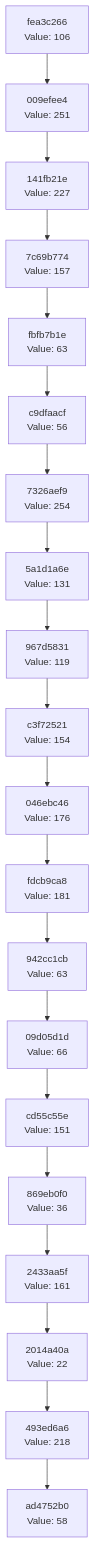
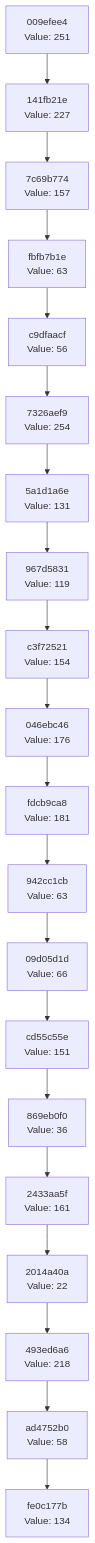
One commit to Abhisheksinha1506/hash-chain-evolver changed the diagram in docs/CHAIN_VISUALIZATION.md. Above: the diagram before and after it, drawn with Mermaid. The commit also changed 2 other files, not shown here.

Commit message:
Evolution step: hash 0x86 → action executed

````diff
--- a/docs/CHAIN_VISUALIZATION.md
+++ b/docs/CHAIN_VISUALIZATION.md
@@ -3,42 +3,42 @@
 ```mermaid
 graph TD
-    C0["ad4752b0<br/>Value: 58"]
-    C1["493ed6a6<br/>Value: 218"]
+    C0["fe0c177b<br/>Value: 134"]
+    C1["ad4752b0<br/>Value: 58"]
     C1 --> C0
-    C2["2014a40a<br/>Value: 22"]
+    C2["493ed6a6<br/>Value: 218"]
     C2 --> C1
-    C3["2433aa5f<br/>Value: 161"]
+    C3["2014a40a<br/>Value: 22"]
     C3 --> C2
-    C4["869eb0f0<br/>Value: 36"]
+    C4["2433aa5f<br/>Value: 161"]
     C4 --> C3
-    C5["cd55c55e<br/>Value: 151"]
+    C5["869eb0f0<br/>Value: 36"]
     C5 --> C4
-    C6["09d05d1d<br/>Value: 66"]
+    C6["cd55c55e<br/>Value: 151"]
     C6 --> C5
-    C7["942cc1cb<br/>Value: 63"]
+    C7["09d05d1d<br/>Value: 66"]
     C7 --> C6
-    C8["fdcb9ca8<br/>Value: 181"]
+    C8["942cc1cb<br/>Value: 63"]
     C8 --> C7
-    C9["046ebc46<br/>Value: 176"]
+    C9["fdcb9ca8<br/>Value: 181"]
     C9 --> C8
-    C10["c3f72521<br/>Value: 154"]
+    C10["046ebc46<br/>Value: 176"]
     C10 --> C9
-    C11["967d5831<br/>Value: 119"]
+    C11["c3f72521<br/>Value: 154"]
     C11 --> C10
-    C12["5a1d1a6e<br/>Value: 131"]
+    C12["967d5831<br/>Value: 119"]
     C12 --> C11
-    C13["7326aef9<br/>Value: 254"]
+    C13["5a1d1a6e<br/>Value: 131"]
     C13 --> C12
-    C14["c9dfaacf<br/>Value: 56"]
+    C14["7326aef9<br/>Value: 254"]
     C14 --> C13
-    C15["fbfb7b1e<br/>Value: 63"]
+    C15["c9dfaacf<br/>Value: 56"]
     C15 --> C14
-    C16["7c69b774<br/>Value: 157"]
+    C16["fbfb7b1e<br/>Value: 63"]
     C16 --> C15
-    C17["141fb21e<br/>Value: 227"]
+    C17["7c69b774<br/>Value: 157"]
     C17 --> C16
-    C18["009efee4<br/>Value: 251"]
+    C18["141fb21e<br/>Value: 227"]
     C18 --> C17
-    C19["fea3c266<br/>Value: 106"]
+    C19["009efee4<br/>Value: 251"]
     C19 --> C18
 ```
````
